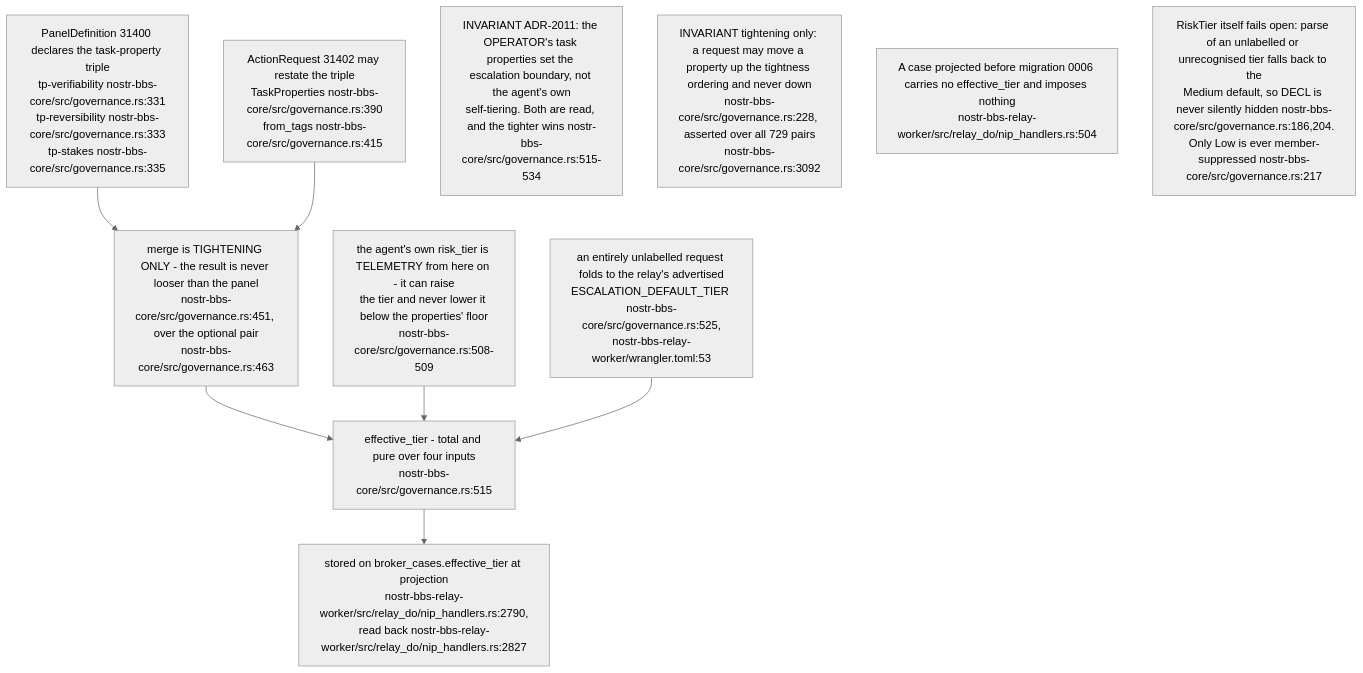
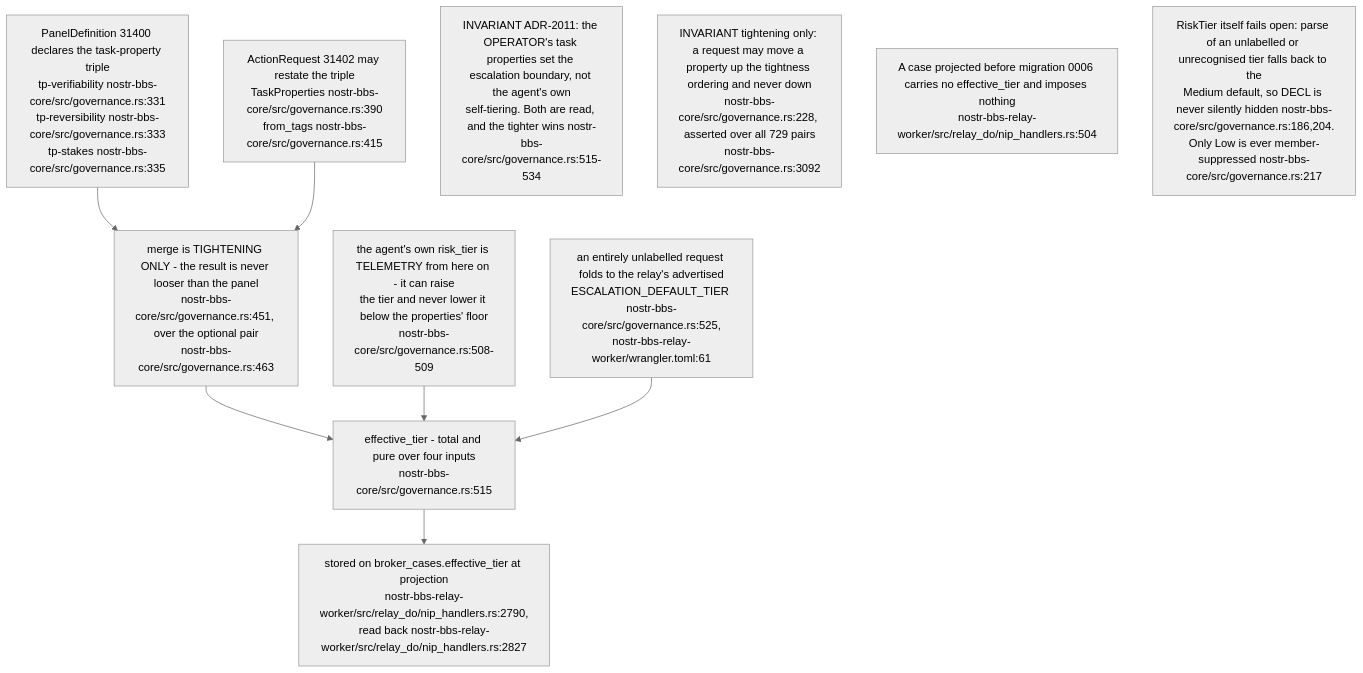
The tenth of 17 diagrams in docs/diagrams/nostr-rust-forum/06-agent-control-surface-31400-31405.md (DreamLab-AI/VisionFlow), drawn with Mermaid (neutral theme) before and after one commit. The commit also changed other lines of this file and 145 other files, not shown here.

````diff
--- a/docs/diagrams/nostr-rust-forum/06-agent-control-surface-31400-31405.md
+++ b/docs/diagrams/nostr-rust-forum/06-agent-control-surface-31400-31405.md
@@ -301,22 +302,22 @@
 ```mermaid
 flowchart TB
     PANEL["PanelDefinition 31400 declares the task-property triple<br/>tp-verifiability nostr-bbs-core/src/governance.rs:331<br/>tp-reversibility nostr-bbs-core/src/governance.rs:333<br/>tp-stakes nostr-bbs-core/src/governance.rs:335"]
     REQUEST["ActionRequest 31402 may restate the triple<br/>TaskProperties nostr-bbs-core/src/governance.rs:390<br/>from_tags nostr-bbs-core/src/governance.rs:415"]
     MERGE["merge is TIGHTENING ONLY - the result is never looser than the panel<br/>nostr-bbs-core/src/governance.rs:451, over the optional pair<br/>nostr-bbs-core/src/governance.rs:463"]
     TIER["effective_tier - total and pure over four inputs<br/>nostr-bbs-core/src/governance.rs:515"]
     DECL["the agent's own risk_tier is TELEMETRY from here on - it can raise<br/>the tier and never lower it below the properties' floor<br/>nostr-bbs-core/src/governance.rs:508-509"]
-    DEF["an entirely unlabelled request folds to the relay's advertised<br/>ESCALATION_DEFAULT_TIER nostr-bbs-core/src/governance.rs:525,<br/>nostr-bbs-relay-worker/wrangler.toml:53"]
+    DEF["an entirely unlabelled request folds to the relay's advertised<br/>ESCALATION_DEFAULT_TIER nostr-bbs-core/src/governance.rs:525,<br/>nostr-bbs-relay-worker/wrangler.toml:61"]
     STORE["stored on broker_cases.effective_tier at projection<br/>nostr-bbs-relay-worker/src/relay_do/nip_handlers.rs:2790,<br/>read back nostr-bbs-relay-worker/src/relay_do/nip_handlers.rs:2827"]
 
     PANEL --> MERGE
     REQUEST --> MERGE
     MERGE --> TIER
     DECL --> TIER
     DEF --> TIER
     TIER --> STORE
 
     N1["INVARIANT ADR-2011: the OPERATOR's task properties set the escalation boundary, not the agent's own<br/>self-tiering. Both are read, and the tighter wins nostr-bbs-core/src/governance.rs:515-534"]
     N2["INVARIANT tightening only: a request may move a property up the tightness ordering and never down<br/>nostr-bbs-core/src/governance.rs:228, asserted over all 729 pairs<br/>nostr-bbs-core/src/governance.rs:3092"]
     N3["A case projected before migration 0006 carries no effective_tier and imposes nothing<br/>nostr-bbs-relay-worker/src/relay_do/nip_handlers.rs:504"]
     N4["RiskTier itself fails open: parse of an unlabelled or unrecognised tier falls back to the<br/>Medium default, so DECL is never silently hidden nostr-bbs-core/src/governance.rs:186,204.<br/>Only Low is ever member-suppressed nostr-bbs-core/src/governance.rs:217"]
 ```
````
